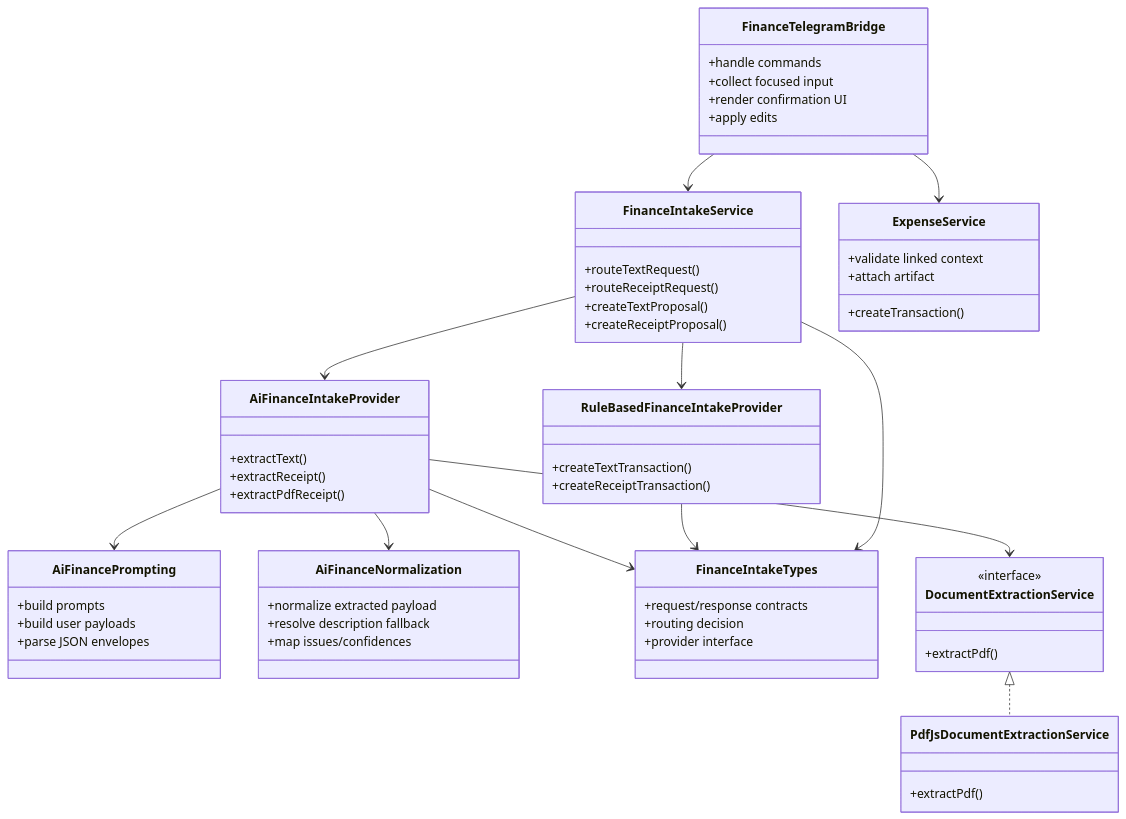
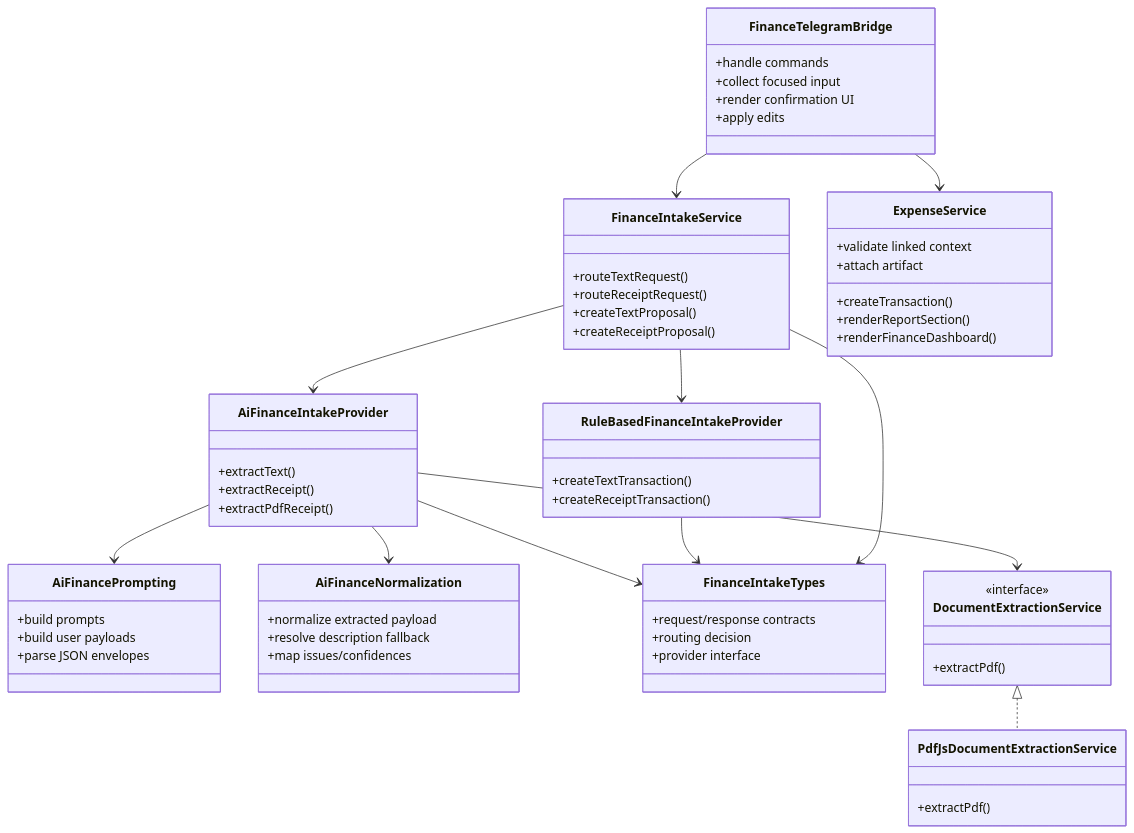
One commit to Xoanis/obsidian-expense-manager changed the second of 6 diagrams in docs/service-architecture.md. Above: the diagram before and after it, drawn with Mermaid. The commit also changed other lines of this file and 1 other file, not shown here.

````diff
--- a/docs/service-architecture.md
+++ b/docs/service-architecture.md
@@ -31,72 +33,74 @@
 ```mermaid
 classDiagram
 class FinanceTelegramBridge {
       +handle commands
       +collect focused input
       +render confirmation UI
       +apply edits
     }
 
     class FinanceIntakeService {
       +routeTextRequest()
       +routeReceiptRequest()
       +createTextProposal()
       +createReceiptProposal()
     }
 
     class RuleBasedFinanceIntakeProvider {
       +createTextTransaction()
       +createReceiptTransaction()
     }
 
     class AiFinanceIntakeProvider {
       +extractText()
       +extractReceipt()
       +extractPdfReceipt()
     }
 
     class AiFinancePrompting {
       +build prompts
       +build user payloads
       +parse JSON envelopes
     }
 
     class AiFinanceNormalization {
       +normalize extracted payload
       +resolve description fallback
       +map issues/confidences
     }
 
     class FinanceIntakeTypes {
       +request/response contracts
       +routing decision
       +provider interface
     }
 
     class DocumentExtractionService {
       <<interface>>
       +extractPdf()
     }
 
     class PdfJsDocumentExtractionService {
       +extractPdf()
     }
 
     class ExpenseService {
       +createTransaction()
       +validate linked context
       +attach artifact
+      +renderReportSection()
+      +renderFinanceDashboard()
     }
 
 FinanceTelegramBridge --> FinanceIntakeService
 FinanceTelegramBridge --> ExpenseService
     FinanceIntakeService --> RuleBasedFinanceIntakeProvider
     FinanceIntakeService --> AiFinanceIntakeProvider
     FinanceIntakeService --> FinanceIntakeTypes
     AiFinanceIntakeProvider --> DocumentExtractionService
     AiFinanceIntakeProvider --> AiFinancePrompting
     AiFinanceIntakeProvider --> AiFinanceNormalization
     RuleBasedFinanceIntakeProvider --> FinanceIntakeTypes
     AiFinanceIntakeProvider --> FinanceIntakeTypes
     DocumentExtractionService <|.. PdfJsDocumentExtractionService
 ```
````
